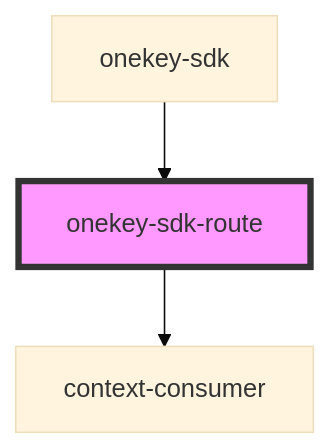
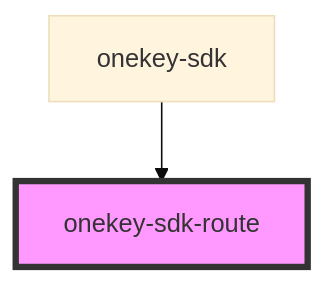
Before and after one commit to hcl-sdk/HealthCareLocatorWebSDK: the diagram in docs/components/onekey-sdk-router/onekey-sdk-route/readme.md, drawn with Mermaid (base theme). The commit also changed other lines of this file and 181 other files, not shown here.

````diff
--- a/docs/components/onekey-sdk-router/onekey-sdk-route/readme.md
+++ b/docs/components/onekey-sdk-router/onekey-sdk-route/readme.md
@@ -29,6 +23,5 @@
 ```mermaid
 graph TD;
-  onekey-sdk-route --> context-consumer
   onekey-sdk --> onekey-sdk-route
   style onekey-sdk-route fill:#f9f,stroke:#333,stroke-width:4px
 ```
````
